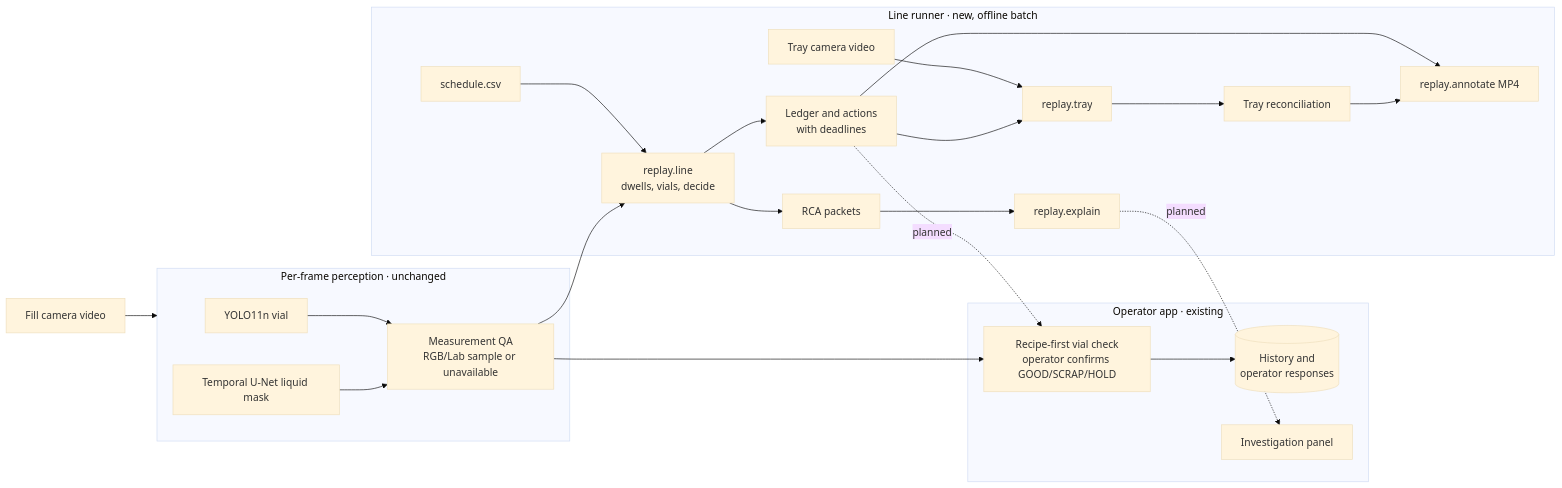
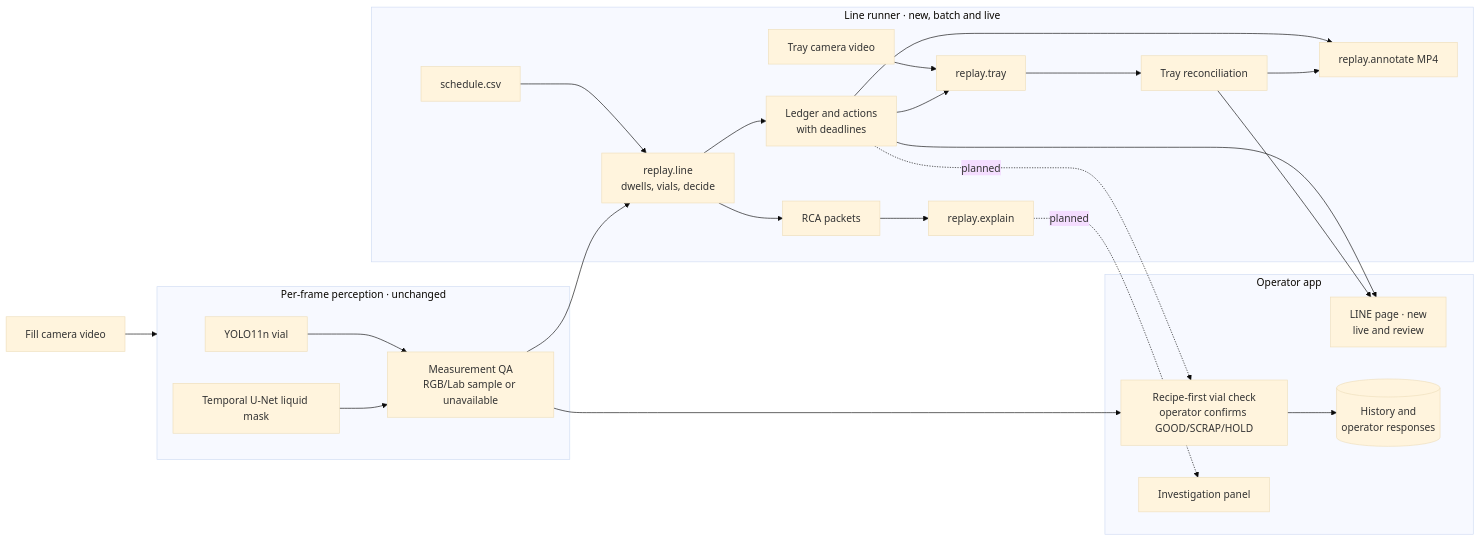
Before and after one commit to ALL-Applied-AI-Network/msoe-ai-club-rockwell-automation-nvidia-hackath-austin-koske-s-team-8e90f213c6: the first of 3 diagrams in docs/architecture.md, drawn with Mermaid (base theme). The commit also changed other lines of this file and 23 other files, not shown here.

First line of the commit message:
Live line view: causal line engine, paced WebSocket sessions and the LINE page

````diff
--- a/docs/architecture.md
+++ b/docs/architecture.md
@@ -16,25 +17,28 @@
 ```mermaid
 flowchart LR
     FC[Fill camera video] --> PER
     subgraph PER["Per-frame perception · unchanged"]
         Y[YOLO11n vial] --> Q[Measurement QA<br/>RGB/Lab sample or unavailable]
         U[Temporal U-Net liquid mask] --> Q
     end
-    subgraph APP["Operator app · existing"]
+    subgraph APP["Operator app"]
+        LV[LINE page · new<br/>live and review]
         OP[Recipe-first vial check<br/>operator confirms GOOD/SCRAP/HOLD] --> J[(History and<br/>operator responses)]
         INV[Investigation panel]
     end
-    subgraph LINE["Line runner · new, offline batch"]
+    subgraph LINE["Line runner · new, batch and live"]
         SCH[schedule.csv] --> LR[replay.line<br/>dwells, vials, decide]
         LR --> L[Ledger and actions<br/>with deadlines]
         LR --> P[RCA packets] --> X[replay.explain]
         TC[Tray camera video] --> T[replay.tray]
         L --> T --> R[Tray reconciliation]
         L --> AN[replay.annotate MP4]
         R --> AN
     end
     Q --> OP
     Q --> LR
+    L --> LV
+    R --> LV
     L -. planned .-> OP
     X -. planned .-> INV
 ```
````
